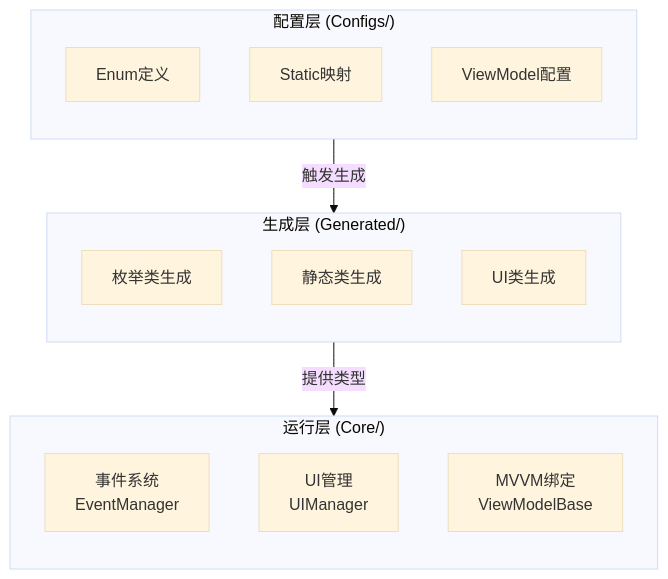
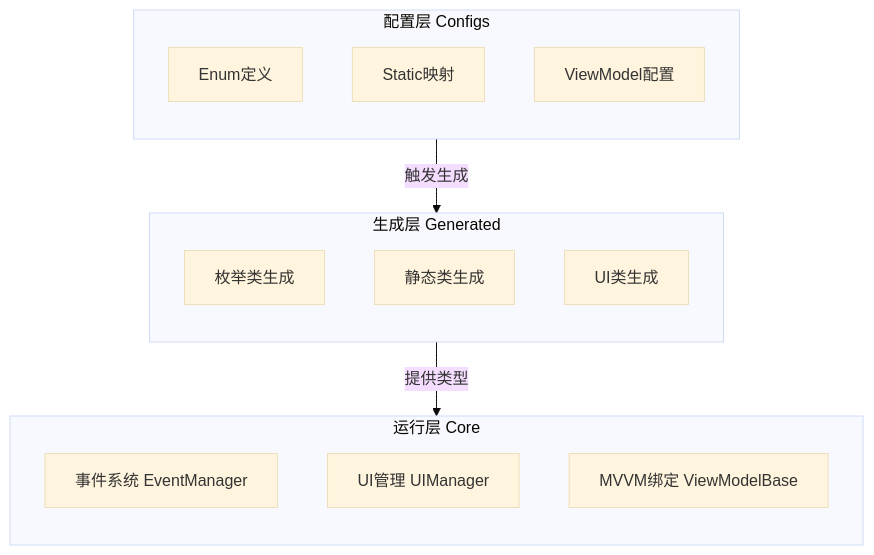
Before and after one commit to KTSAMA001/AgentSkill-Akasha-KT: the first of 7 diagrams in data/kira-framework-analysis.md, drawn with Mermaid (base theme). The commit also changed other lines of this file, not shown here.

First line of the commit message:
fix: correct Mermaid syntax in kira-framework-analysis.md

````diff
--- a/data/kira-framework-analysis.md
+++ b/data/kira-framework-analysis.md
@@ -36,26 +36,26 @@
 ```mermaid
 flowchart TB
-    subgraph 配置层["配置层 (Configs/)"]
+    subgraph config["配置层 Configs"]
         direction TB
         CA1["Enum定义"]
         CA2["Static映射"]
         CA3["ViewModel配置"]
     end
 
-    subgraph 生成层["生成层 (Generated/)"]
+    subgraph generated["生成层 Generated"]
         direction TB
         GB1["枚举类生成"]
         GB2["静态类生成"]
         GB3["UI类生成"]
     end
 
-    subgraph 运行层["运行层 (Core/)"]
+    subgraph core["运行层 Core"]
         direction TB
-        RC1["事件系统<br/>EventManager"]
-        RC2["UI管理<br/>UIManager"]
-        RC3["MVVM绑定<br/>ViewModelBase"]
+        RC1["事件系统 EventManager"]
+        RC2["UI管理 UIManager"]
+        RC3["MVVM绑定 ViewModelBase"]
     end
 
-    配置层 -->|"触发生成"| 生成层
-    生成层 -->|"提供类型"| 运行层
+    config -->|触发生成| generated
+    generated -->|提供类型| core
 ```
````
